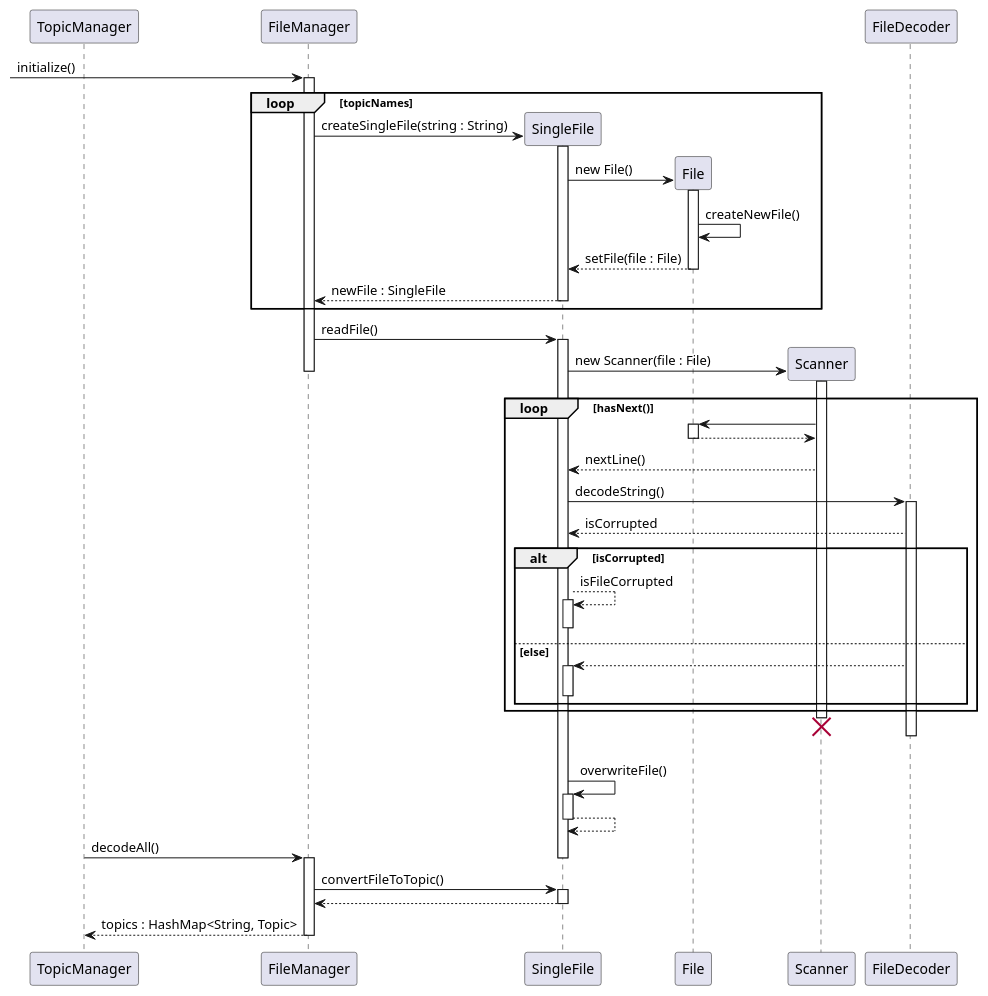
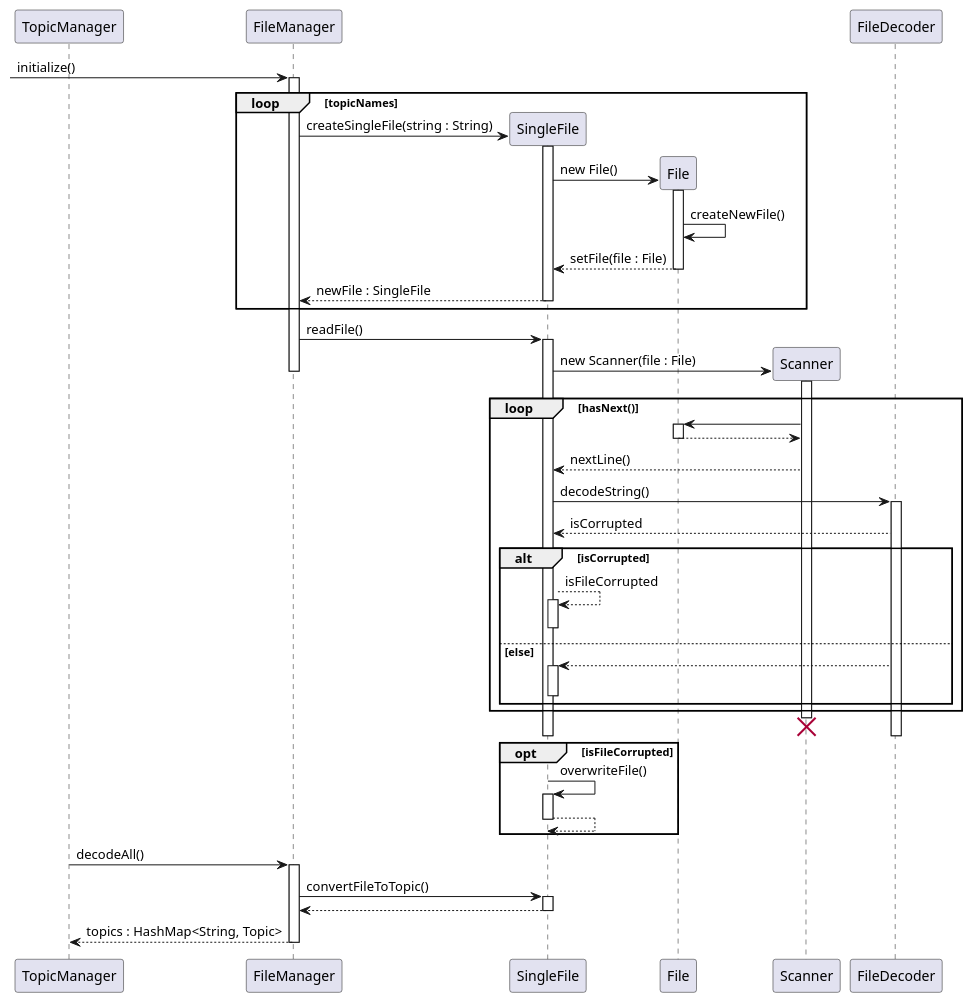
One commit to ong-ck/tp changed the diagram in docs/sequence/source-files/InitializationFileManager.puml. Above: the diagram before and after it, drawn with PlantUML. The commit also changed 1 other file, not shown here.

```diff
--- a/docs/sequence/source-files/InitializationFileManager.puml
+++ b/docs/sequence/source-files/InitializationFileManager.puml
@@ -1,62 +1,63 @@
 @startuml
 
 participant TopicManager as tm
 participant FileManager as fm
 participant SingleFile as sf
 participant File as f
 participant Scanner as s
 participant FileDecoder as fd
 
 -> fm : initialize()
 activate fm
 loop topicNames
     fm -> sf ** : createSingleFile(string : String)
     activate sf
     sf -> f ** : new File()
     activate f
     f -> f : createNewFile()
     f --> sf : setFile(file : File)
     deactivate f
     sf --> fm : newFile : SingleFile
     deactivate sf
 end
 fm -> sf : readFile()
 activate sf
 sf -> s ** : new Scanner(file : File)
 activate s
 deactivate fm
     loop hasNext()
     s -> f
     activate f
     f --> s
     deactivate f
     s --> sf : nextLine()
     sf -> fd : decodeString()
     activate fd
     fd --> sf : isCorrupted
         alt isCorrupted
         sf --> sf : isFileCorrupted
         activate sf
         deactivate sf
         else else
         fd --> sf
         activate sf
         deactivate sf
         end
     end
     destroy s
+    deactivate sf
     deactivate fd
-    alt isFileCorrupted
+    opt isFileCorrupted
     sf -> sf : overwriteFile()
     activate sf
     sf --> sf
     deactivate sf
+    end
 tm -> fm : decodeAll()
-deactivate sf
 activate fm
 fm -> sf : convertFileToTopic()
 activate sf
 return
 return topics : HashMap<String, Topic>
 
 @enduml
```
